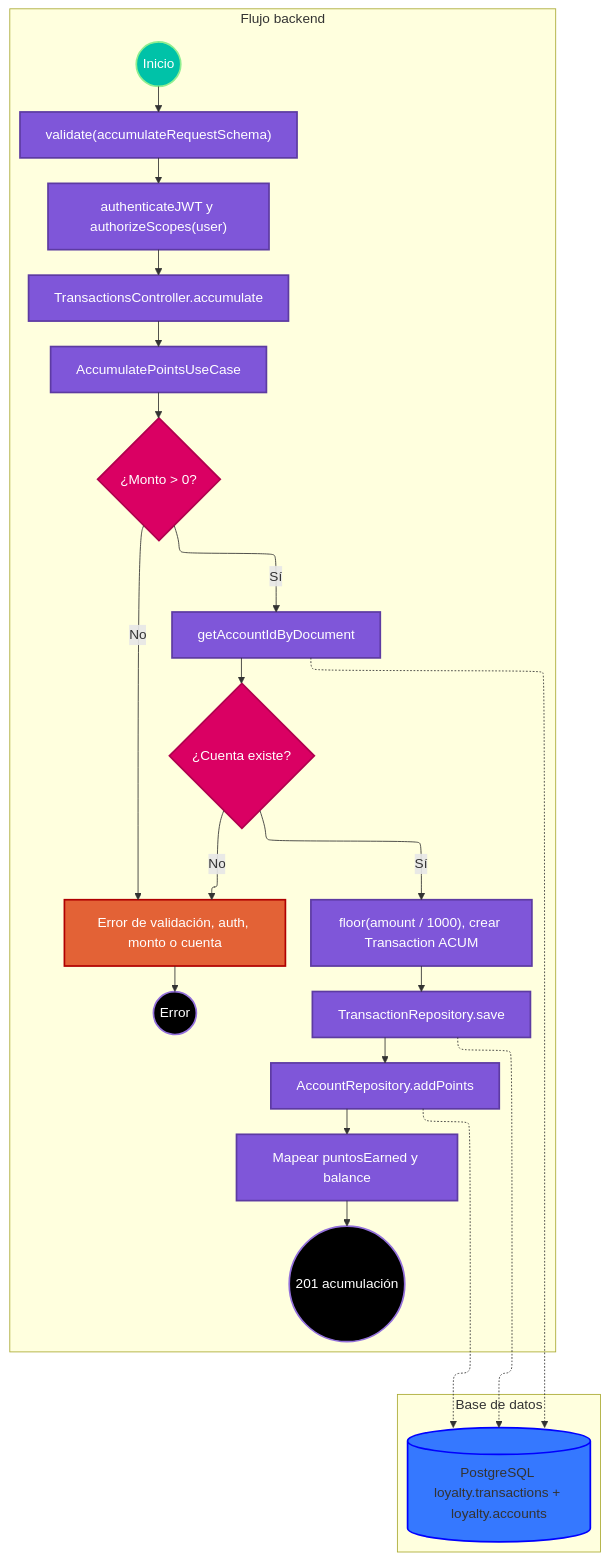
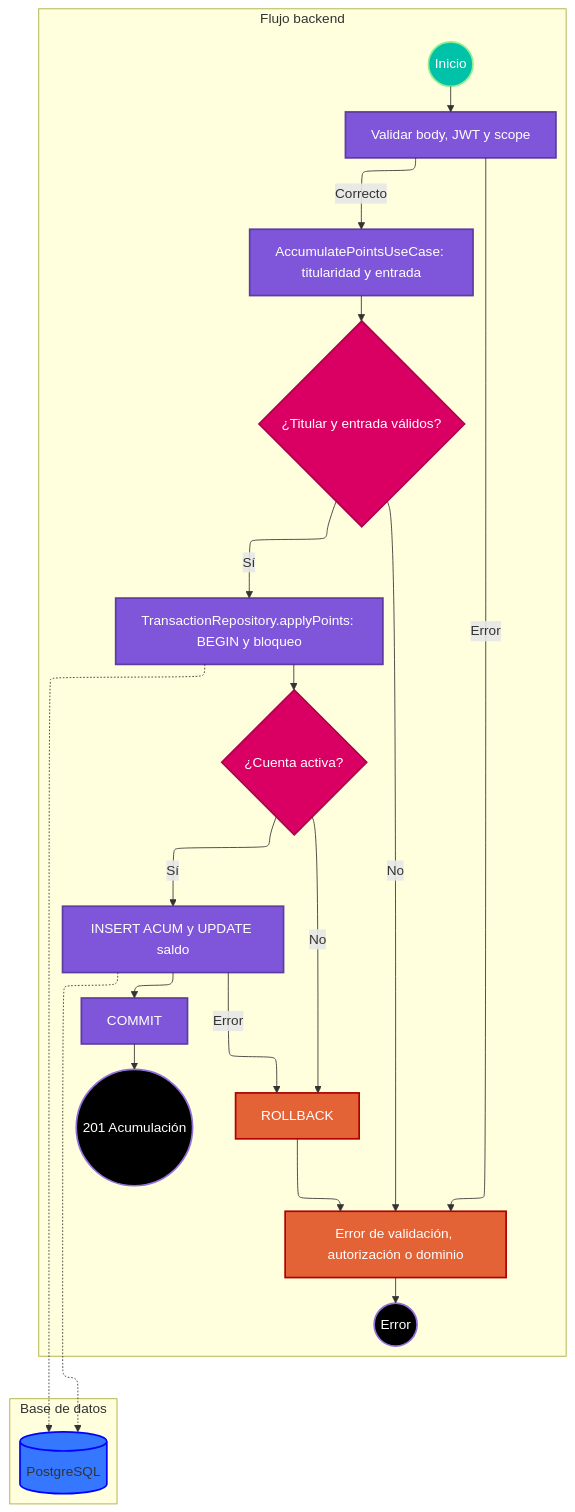
The diagram in docs/use-cases/transacciones/acumular-puntos.md (jac2206/loyalty-backend), drawn with Mermaid before and after one commit. The commit also changed other lines of this file and 10 other files, not shown here.

````diff
--- a/docs/use-cases/transacciones/acumular-puntos.md
+++ b/docs/use-cases/transacciones/acumular-puntos.md
@@ -110,43 +108,37 @@
 ```mermaid
 %%{init: { "flowchart": { "defaultRenderer": "elk" } }}%%
 flowchart TB
     classDef statementClass fill:#7f56d9,color:white,stroke:#5d3ba2,stroke-width:2px
     classDef conditionalClass fill:#da0063,color:white,stroke:#b0004e,stroke-width:2px
     classDef inicioClass fill:#00c2a8,color:white,stroke-width:2px,stroke:lightGreen
     classDef finClass fill:black,color:white,stroke-width:2px
     classDef rejectClass fill:#e36236,color:white,stroke:#b00000,stroke-width:2px
     classDef dbClass fill:#3578ff,stroke:blue,stroke-width:2px
     subgraph BACKEND [Flujo backend]
-        direction TB
-
         inicio((Inicio)):::inicioClass
-        ok((201 acumulación)):::finClass
+        valid["Validar body, JWT y scope"]:::statementClass
+        caso["AccumulatePointsUseCase: titularidad y entrada"]:::statementClass
+        titular{"¿Titular y entrada válidos?"}:::conditionalClass
+        repo["TransactionRepository.applyPoints: BEGIN y bloqueo"]:::statementClass
+        estado{"¿Cuenta activa?"}:::conditionalClass
+        guardar["INSERT ACUM y UPDATE saldo"]:::statementClass
+        commit["COMMIT"]:::statementClass
+        rollback["ROLLBACK"]:::rejectClass
+        fallo["Error de validación, autorización o dominio"]:::rejectClass
+        ok((201 Acumulación)):::finClass
         error((Error)):::finClass
-        valida["validate(accumulateRequestSchema)"]:::statementClass
-        auth["authenticateJWT y authorizeScopes(user)"]:::statementClass
-        control["TransactionsController.accumulate"]:::statementClass
-        caso["AccumulatePointsUseCase"]:::statementClass
-        monto{"¿Monto > 0?"}:::conditionalClass
-        cuenta["getAccountIdByDocument"]:::statementClass
-        existe{"¿Cuenta existe?"}:::conditionalClass
-        calcula["floor(amount / 1000), crear Transaction ACUM"]:::statementClass
-        guarda["TransactionRepository.save"]:::statementClass
-        suma["AccountRepository.addPoints"]:::statementClass
-        respuesta["Mapear puntosEarned y balance"]:::statementClass
-        rechazo["Error de validación, auth, monto o cuenta"]:::rejectClass
     end
     subgraph BASE_DE_DATOS [Base de datos]
-        direction TB
-        db[(PostgreSQL loyalty.transactions + loyalty.accounts)]:::dbClass
+        db[(PostgreSQL)]:::dbClass
     end
-
-
-    inicio --> valida --> auth --> control --> caso --> monto
-    monto -->|No| rechazo --> error
-    monto -->|Sí| cuenta --> existe
-    existe -->|No| rechazo
-    existe -->|Sí| calcula --> guarda --> suma --> respuesta --> ok
-    cuenta -.-> db
-    guarda -.-> db
-    suma -.-> db
+    inicio --> valid
+    valid -->|Error| fallo
+    valid -->|Correcto| caso --> titular
+    titular -->|No| fallo --> error
+    titular -->|Sí| repo --> estado
+    estado -->|No| rollback --> fallo
+    estado -->|Sí| guardar --> commit --> ok
+    guardar -->|Error| rollback
+    repo -.-> db
+    guardar -.-> db
 ```
````
